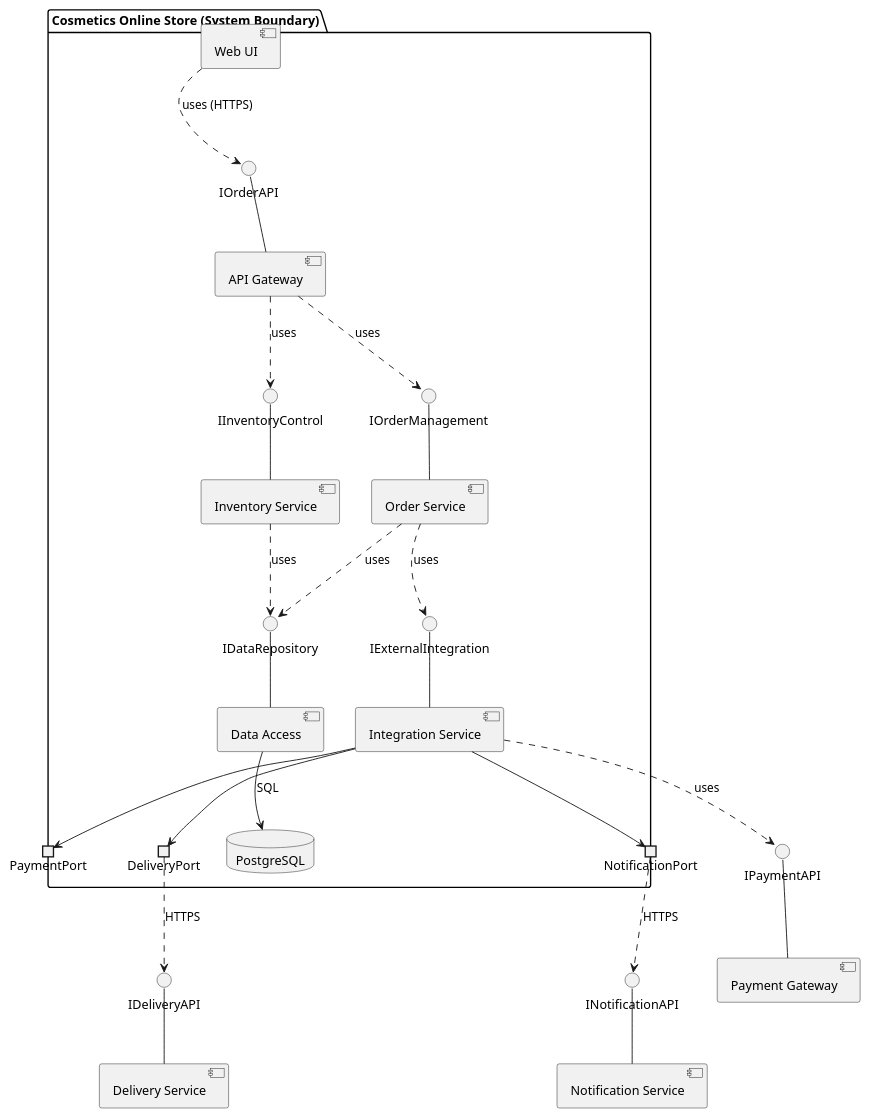
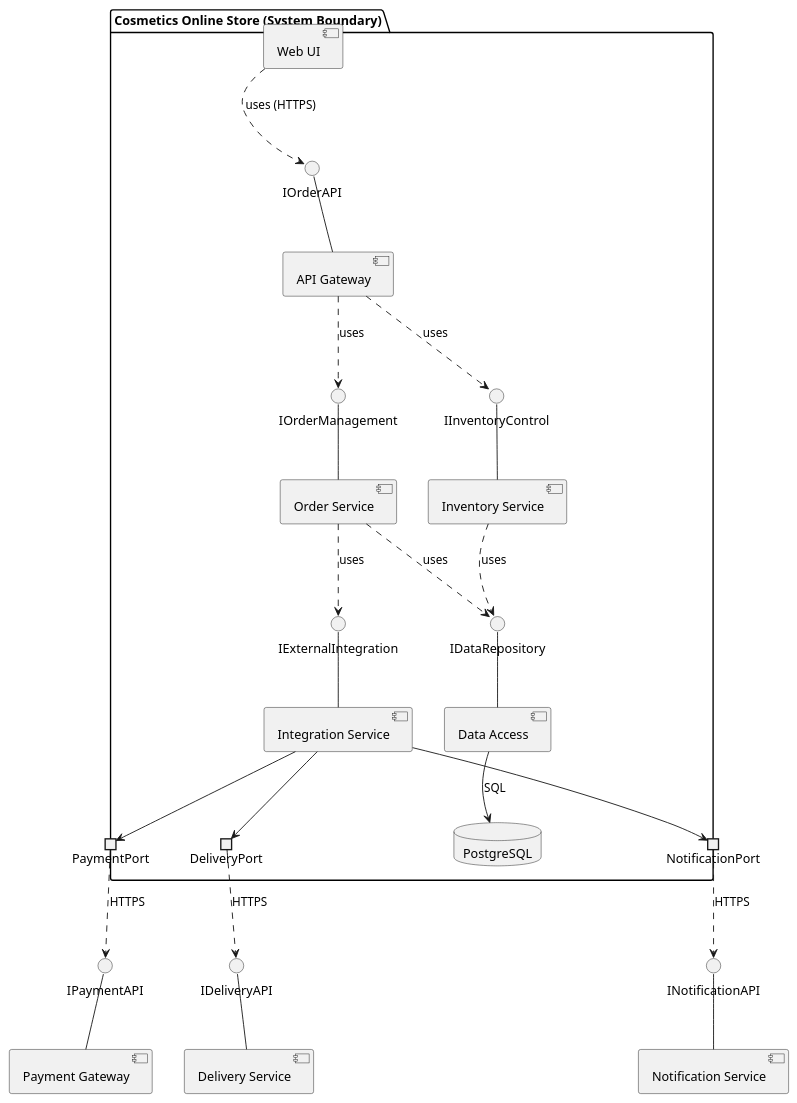
One commit to sofiisunn/KPI changed the diagram in components.puml. Above: the diagram before and after it, drawn with PlantUML.

Commit message:
Update Payment Gateway interface usage in components.puml

```diff
--- a/components.puml
+++ b/components.puml
@@ -1,65 +1,65 @@
 @startuml
 top to bottom direction
 skinparam componentStyle uml2
 
 package "Cosmetics Online Store (System Boundary)" {
   
   component [Web UI] as UI
   
   component [API Gateway] as API
   interface "IOrderAPI" as i_api
   
   API -up- i_api
   UI ..> i_api : uses (HTTPS)
 
   component [Order Service] as OrderSvc
   component [Inventory Service] as InvSvc
   component [Integration Service] as IntSvc
 
   interface "IOrderManagement" as i_order
   interface "IInventoryControl" as i_inv
   interface "IExternalIntegration" as i_int
 
   OrderSvc -up- i_order
   InvSvc -up- i_inv
   IntSvc -up- i_int
 
   API ..> i_order : uses
   API ..> i_inv : uses
   OrderSvc ..> i_int : uses
 
   component [Data Access] as DAL
   interface "IDataRepository" as i_dal
   DAL -up- i_dal
   OrderSvc ..> i_dal : uses
   InvSvc ..> i_dal : uses
 
   database "PostgreSQL" as DB
   DAL --> DB : SQL
 
   portout "PaymentPort" as p_pay
   portout "DeliveryPort" as p_del
   portout "NotificationPort" as p_notif
 
   IntSvc --> p_pay
   IntSvc --> p_del
   IntSvc --> p_notif
 
 }
 
 component [Payment Gateway] as PayGw
 interface "IPaymentAPI" as i_pay
 PayGw -up- i_pay
-IntSvc ..> i_pay : uses
+p_pay ..> i_pay : HTTPS
   
 component [Delivery Service] as DelSvc
 interface "IDeliveryAPI" as i_del
 DelSvc -up- i_del
 p_del ..> i_del : HTTPS
     
 component [Notification Service] as NotifSvc
 interface "INotificationAPI" as i_notif
 NotifSvc -up- i_notif
 p_notif ..> i_notif : HTTPS
     
 @enduml
```
